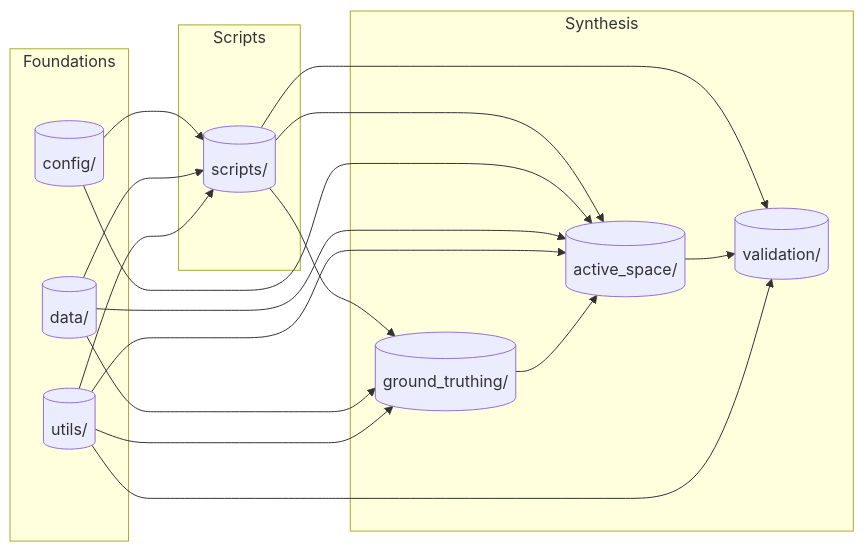
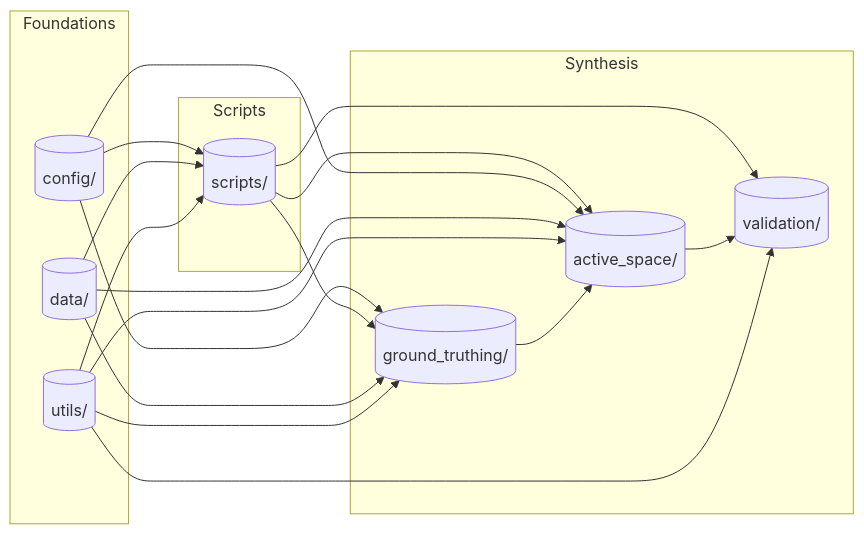
Before and after one commit to dbetchkal/NPS-ActiveSpace: the diagram in README.md, drawn with Mermaid. The commit also changed other lines of this file, not shown here.

````diff
--- a/README.md
+++ b/README.md
@@ -22,41 +138,42 @@
 ```mermaid
 graph LR
 
     %% Groups
     subgraph Scripts
         scripts[(scripts/)]
     end
 
     subgraph Synthesis
         active_space[(active_space/)]
         ground_truthing[(ground_truthing/)]
          validation[(validation/)]
     end
 
     subgraph Foundations
         config[(config/)]
         data[(data/)]
         utils[(utils/)]
     end
 
     %% Flow: scripts → core → analysis
     config --> scripts
+    config --> ground_truthing
     data --> scripts
     utils --> scripts
     scripts --> active_space
     scripts --> ground_truthing
     scripts --> validation
 
     %% Foundations feed core
     config --> active_space
     data --> active_space
     utils --> active_space
 
     %% Foundations feed analysis modules
     data --> ground_truthing
     utils --> ground_truthing
 
     ground_truthing --> active_space
     active_space --> validation
     utils --> validation
 ```
````
